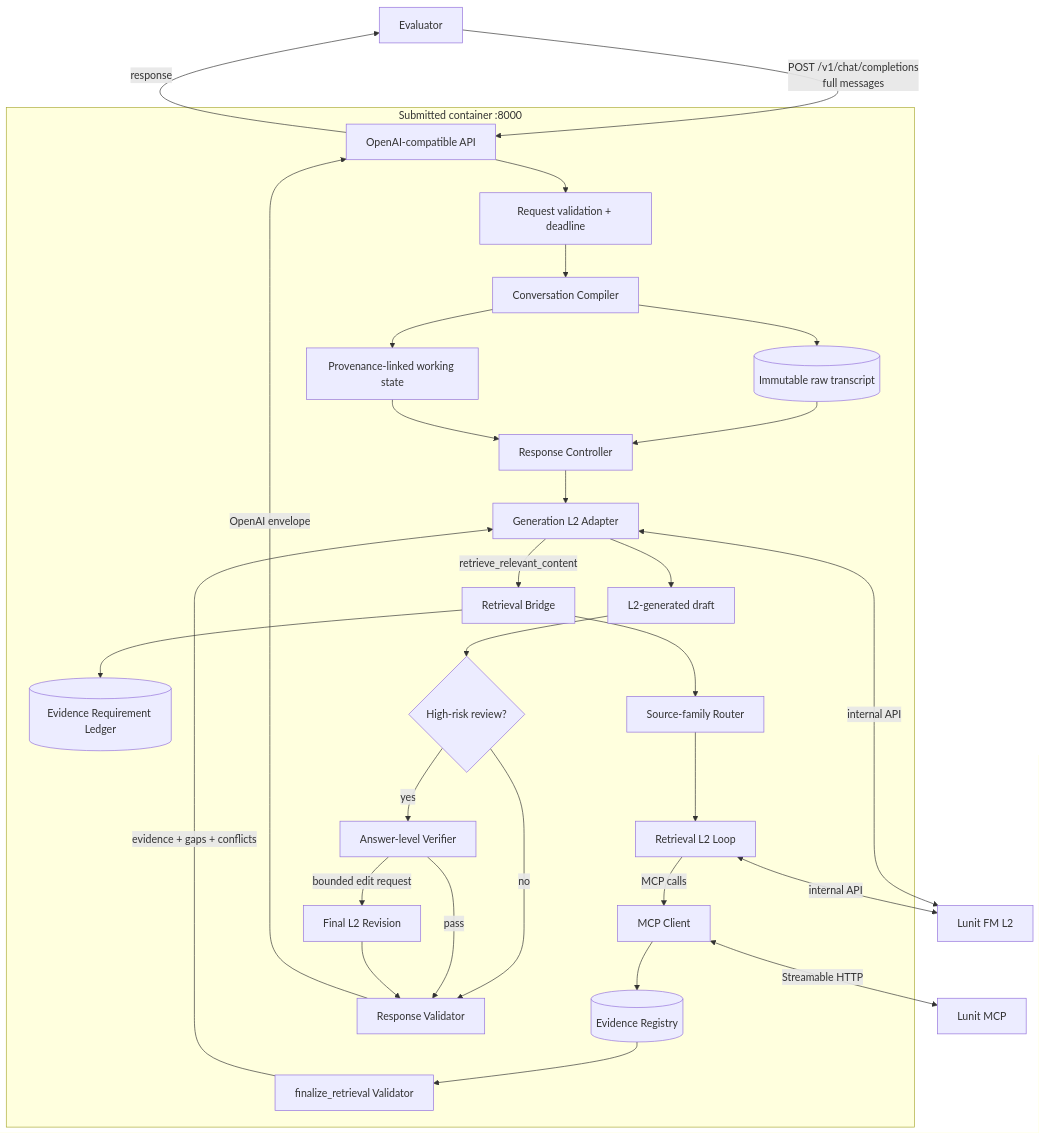
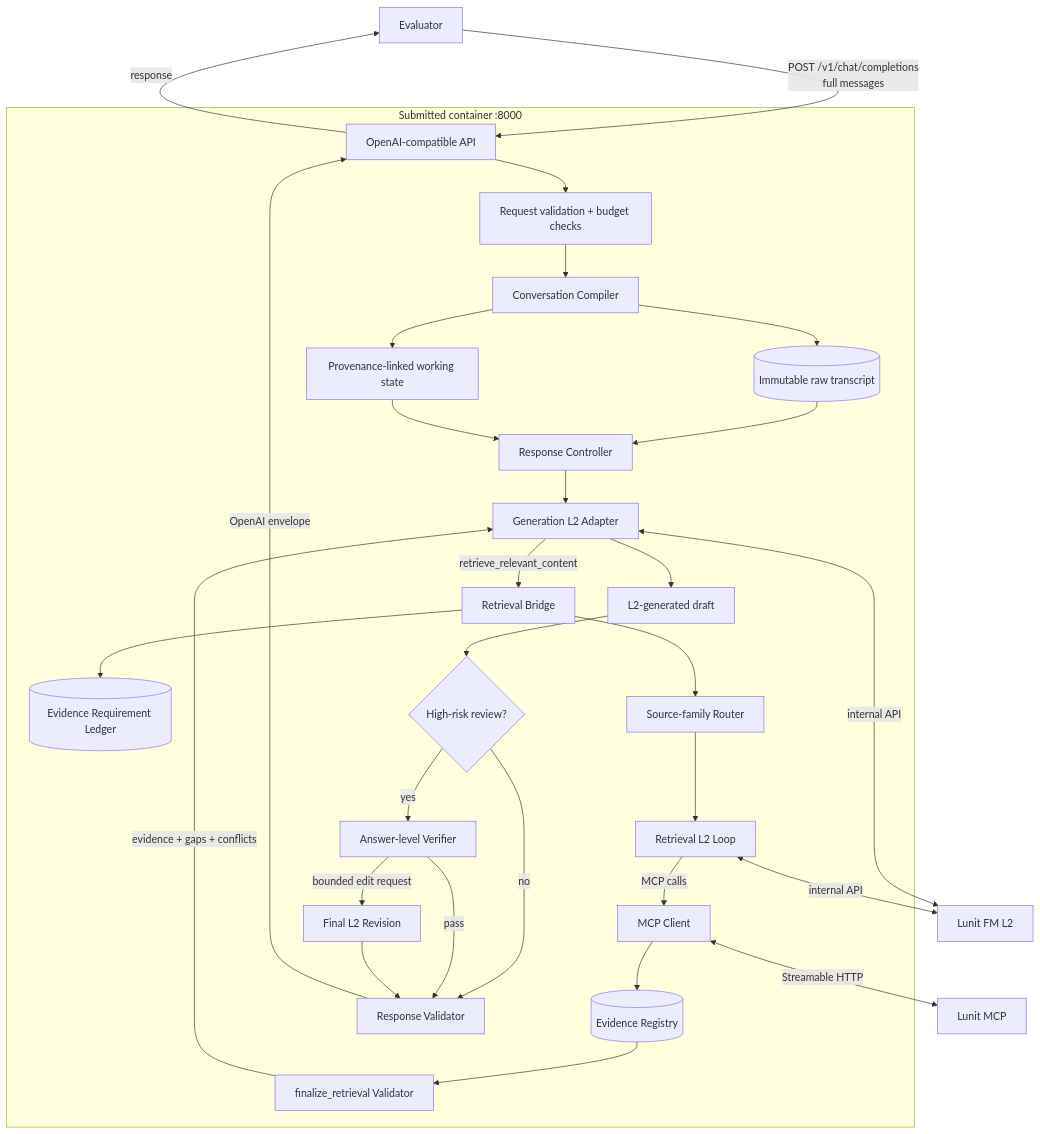
Before and after one commit to c-peace/unkillable_demon_king: the first of 2 diagrams in README.md, drawn with Mermaid. The commit also changed other lines of this file and 12 other files, not shown here.

````diff
--- a/README.md
+++ b/README.md
@@ -229,35 +229,35 @@
 ```mermaid
 flowchart TD
     E[Evaluator] -->|POST /v1/chat/completions\nfull messages| A[OpenAI-compatible API]
 
     subgraph C[Submitted container :8000]
-        A --> V[Request validation + deadline]
+        A --> V[Request validation + budget checks]
         V --> CC[Conversation Compiler]
         CC --> RH[(Immutable raw transcript)]
         CC --> WS[Provenance-linked working state]
         RH --> RC[Response Controller]
         WS --> RC
         RC --> G[Generation L2 Adapter]
         G -->|retrieve_relevant_content| RB[Retrieval Bridge]
         RB --> ERL[(Evidence Requirement Ledger)]
         RB --> SR[Source-family Router]
         SR --> R[Retrieval L2 Loop]
         R -->|MCP calls| M[MCP Client]
         M --> REG[(Evidence Registry)]
         REG --> F[finalize_retrieval Validator]
         F -->|evidence + gaps + conflicts| G
         G --> D[L2-generated draft]
         D --> Q{High-risk review?}
         Q -->|no| O[Response Validator]
         Q -->|yes| AV[Answer-level Verifier]
         AV -->|pass| O
         AV -->|bounded edit request| FR[Final L2 Revision]
         FR --> O
         O -->|OpenAI envelope| A
     end
 
     G <-->|internal API| L2[Lunit FM L2]
     R <-->|internal API| L2
     M <-->|Streamable HTTP| MCP[Lunit MCP]
     A -->|response| E
 ```
````
